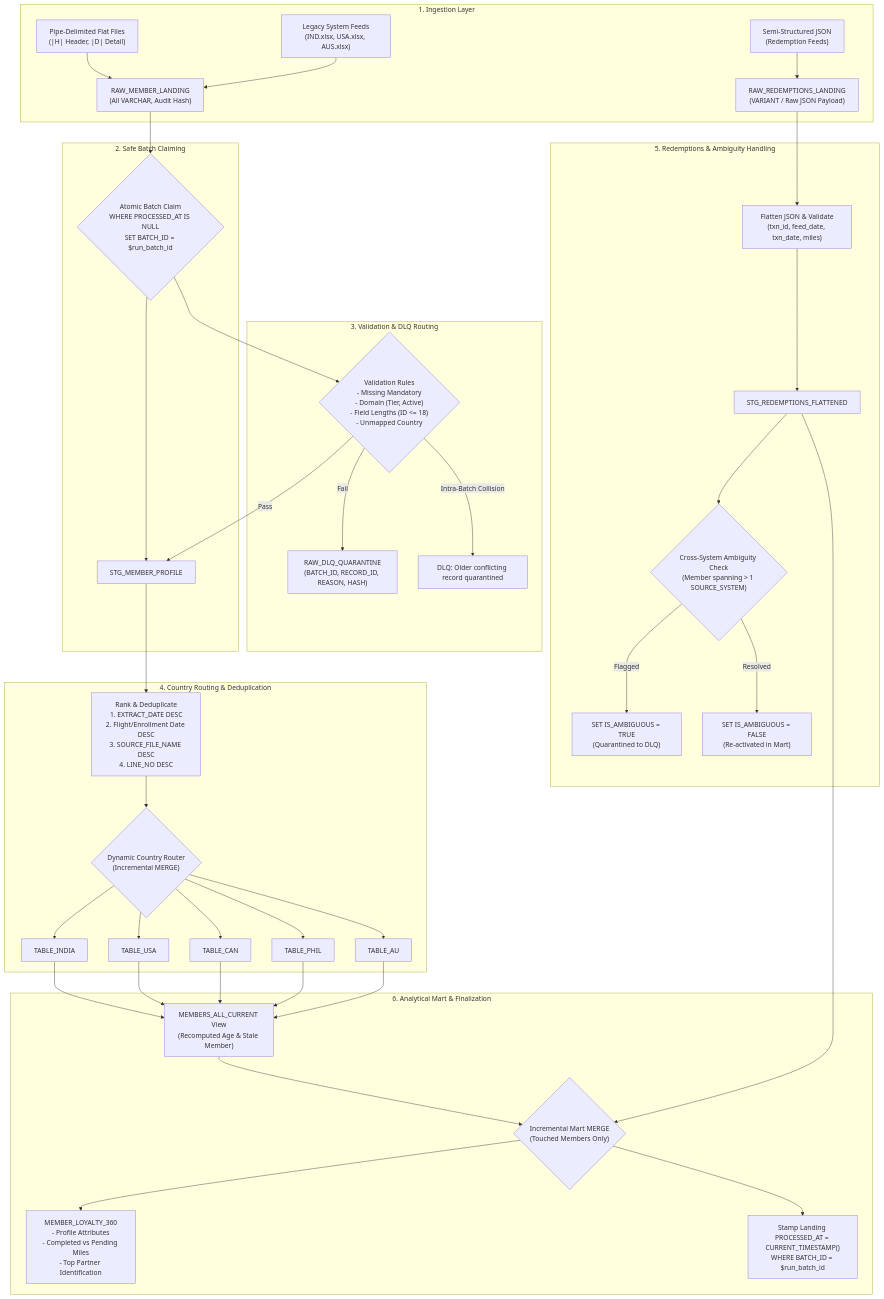
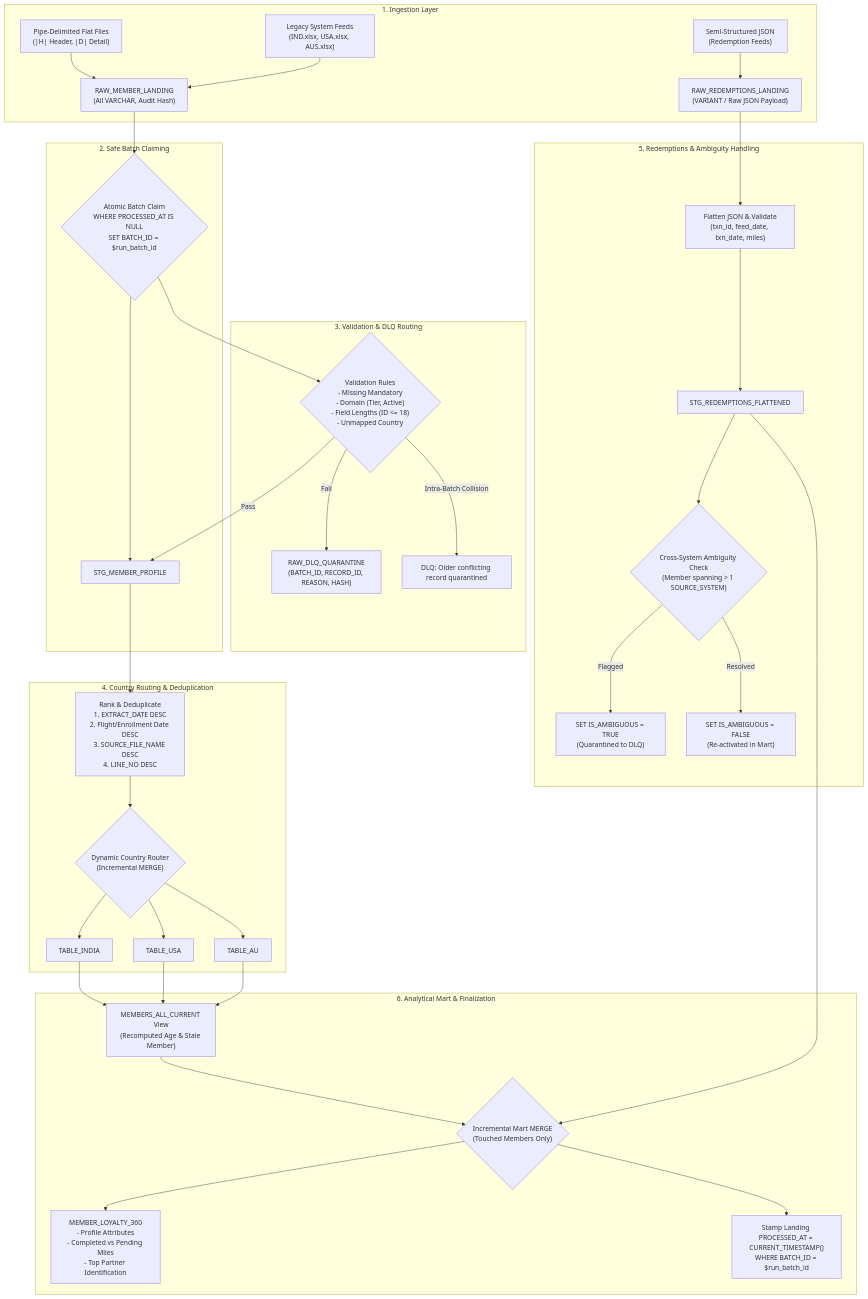
One commit to Workspace-Abhi/incubyte-data-craftsperson-assessment changed the diagram in docs/architecture.md. Above: the diagram before and after it, drawn with Mermaid. The commit also changed 11 other files, not shown here.

````diff
--- a/docs/architecture.md
+++ b/docs/architecture.md
@@ -9,45 +9,43 @@
 ```mermaid
 flowchart TD
     subgraph Ingestion ["1. Ingestion Layer"]
         FF["Pipe-Delimited Flat Files\n(|H| Header, |D| Detail)"] --> LandingMem["RAW_MEMBER_LANDING\n(All VARCHAR, Audit Hash)"]
         JSON["Semi-Structured JSON\n(Redemption Feeds)"] --> LandingRed["RAW_REDEMPTIONS_LANDING\n(VARIANT / Raw JSON Payload)"]
         XLSX["Legacy System Feeds\n(IND.xlsx, USA.xlsx, AUS.xlsx)"] --> LandingMem
     end
 
     subgraph BatchControl ["2. Safe Batch Claiming"]
         LandingMem --> Claim{"Atomic Batch Claim\nWHERE PROCESSED_AT IS NULL\nSET BATCH_ID = $run_batch_id"}
         Claim --> Staging["STG_MEMBER_PROFILE"]
     end
 
     subgraph Validation ["3. Validation & DLQ Routing"]
         Claim --> ValRule{"Validation Rules\n- Missing Mandatory\n- Domain (Tier, Active)\n- Field Lengths (ID <= 18)\n- Unmapped Country"}
         ValRule -->|Fail| DLQ["RAW_DLQ_QUARANTINE\n(BATCH_ID, RECORD_ID, REASON, HASH)"]
         ValRule -->|Intra-Batch Collision| CollisionDLQ["DLQ: Older conflicting record quarantined"]
         ValRule -->|Pass| Staging
     end
 
     subgraph Deduplication ["4. Country Routing & Deduplication"]
         Staging --> Dedup["Rank & Deduplicate\n1. EXTRACT_DATE DESC\n2. Flight/Enrollment Date DESC\n3. SOURCE_FILE_NAME DESC\n4. LINE_NO DESC"]
         Dedup --> Merges{"Dynamic Country Router\n(Incremental MERGE)"}
         Merges --> T_IND["TABLE_INDIA"]
         Merges --> T_USA["TABLE_USA"]
-        Merges --> T_CAN["TABLE_CAN"]
-        Merges --> T_PHIL["TABLE_PHIL"]
         Merges --> T_AU["TABLE_AU"]
     end
 
     subgraph Redemptions ["5. Redemptions & Ambiguity Handling"]
         LandingRed --> RedFlatten["Flatten JSON & Validate\n(txn_id, feed_date, txn_date, miles)"]
         RedFlatten --> StgRedemp["STG_REDEMPTIONS_FLATTENED"]
         StgRedemp --> AmbiguityCheck{"Cross-System Ambiguity Check\n(Member spanning > 1 SOURCE_SYSTEM)"}
         AmbiguityCheck -->|Flagged| FlagTrue["SET IS_AMBIGUOUS = TRUE\n(Quarantined to DLQ)"]
         AmbiguityCheck -->|Resolved| FlagFalse["SET IS_AMBIGUOUS = FALSE\n(Re-activated in Mart)"]
     end
 
     subgraph AnalyticalMart ["6. Analytical Mart & Finalization"]
-        T_IND & T_USA & T_CAN & T_PHIL & T_AU --> CurrentView["MEMBERS_ALL_CURRENT View\n(Recomputed Age & Stale Member)"]
+        T_IND & T_USA & T_AU --> CurrentView["MEMBERS_ALL_CURRENT View\n(Recomputed Age & Stale Member)"]
         CurrentView & StgRedemp --> MartMerge{"Incremental Mart MERGE\n(Touched Members Only)"}
         MartMerge --> Mart["MEMBER_LOYALTY_360\n- Profile Attributes\n- Completed vs Pending Miles\n- Top Partner Identification"]
         MartMerge --> Finalize["Stamp Landing PROCESSED_AT = CURRENT_TIMESTAMP()\nWHERE BATCH_ID = $run_batch_id"]
     end
 ```
````
